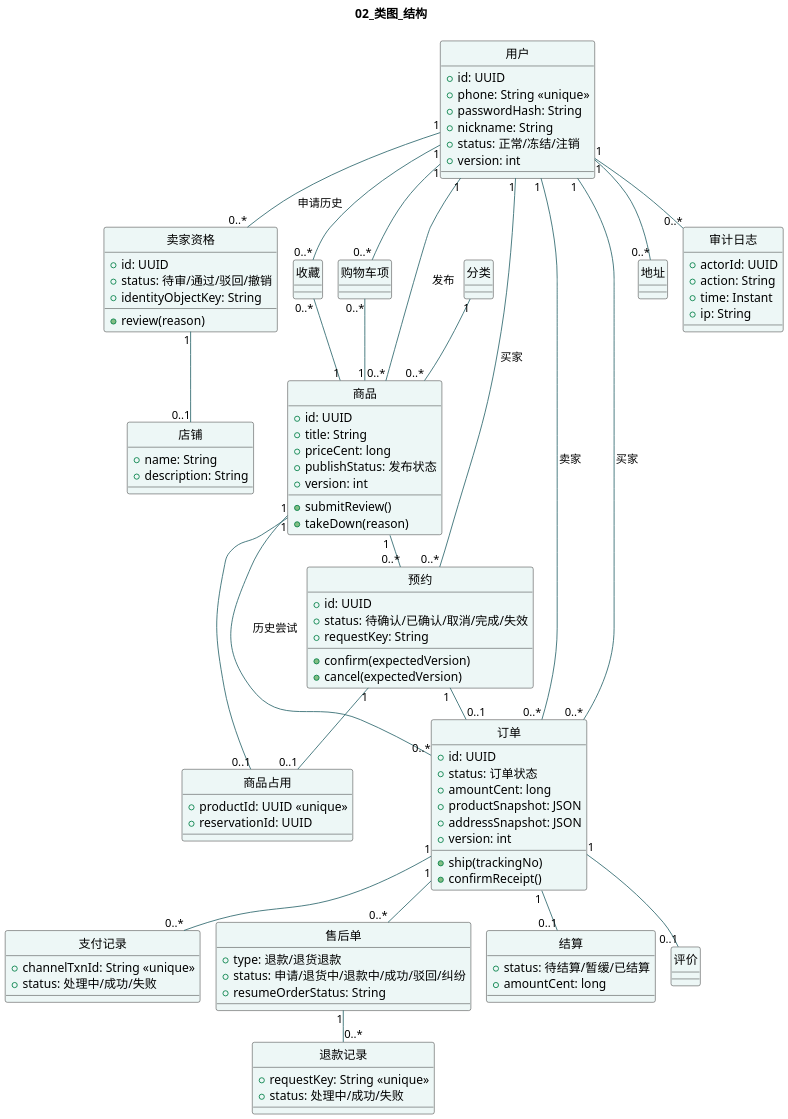
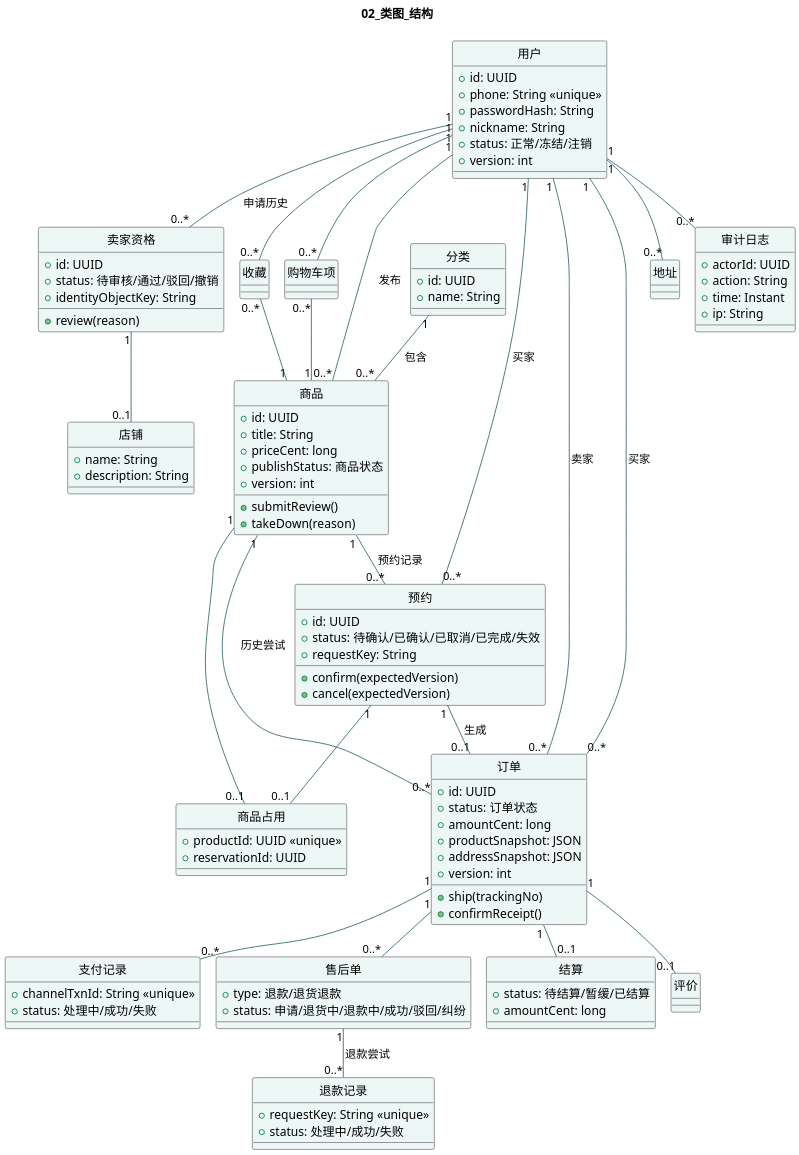
One commit to SyEicL/Software-Engineer-Lab changed the diagram in UML/02_类图_结构.puml. Above: the diagram before and after it, drawn with PlantUML. The commit also changed 7 other files, not shown here.

```diff
--- a/UML/02_类图_结构.puml
+++ b/UML/02_类图_结构.puml
@@ -1,110 +1,112 @@
 @startuml
 !pragma layout smetana
 skinparam defaultFontName Microsoft YaHei
 skinparam dpi 180
 skinparam shadowing false
 skinparam backgroundColor #FFFFFF
 skinparam ArrowColor #326B70
 skinparam classBackgroundColor #EDF7F6
 title 02_类图_结构
 hide circle
 class "用户" as User {
  +id: UUID
  +phone: String <<unique>>
  +passwordHash: String
  +nickname: String
  +status: 正常/冻结/注销
  +version: int
 }
 class "卖家资格" as Seller {
  +id: UUID
- +status: 待审/通过/驳回/撤销
+ +status: 待审核/通过/驳回/撤销
  +identityObjectKey: String
  +review(reason)
 }
 class "店铺" as Shop {
  +name: String
  +description: String
 }
 class "商品" as Product {
  +id: UUID
  +title: String
  +priceCent: long
- +publishStatus: 发布状态
+ +publishStatus: 商品状态
  +version: int
  +submitReview()
  +takeDown(reason)
 }
-class "分类" as Category
+class "分类" as Category {
+ +id: UUID
+ +name: String
+}
 class "预约" as Reservation {
  +id: UUID
- +status: 待确认/已确认/取消/完成/失效
+ +status: 待确认/已确认/已取消/已完成/失效
  +requestKey: String
  +confirm(expectedVersion)
  +cancel(expectedVersion)
 }
 class "商品占用" as Hold {
  +productId: UUID <<unique>>
  +reservationId: UUID
 }
 class "订单" as Order {
  +id: UUID
  +status: 订单状态
  +amountCent: long
  +productSnapshot: JSON
  +addressSnapshot: JSON
  +version: int
  +ship(trackingNo)
  +confirmReceipt()
 }
 class "支付记录" as Payment {
  +channelTxnId: String <<unique>>
  +status: 处理中/成功/失败
 }
 class "售后单" as AfterSale {
  +type: 退款/退货退款
  +status: 申请/退货中/退款中/成功/驳回/纠纷
- +resumeOrderStatus: String
 }
 class "退款记录" as Refund {
  +requestKey: String <<unique>>
  +status: 处理中/成功/失败
 }
 class "结算" as Settlement {
  +status: 待结算/暂缓/已结算
  +amountCent: long
 }
 class "收藏" as Favorite
 class "购物车项" as CartItem
 class "评价" as Review
 class "地址" as Address
 class "审计日志" as Audit {
  +actorId: UUID
  +action: String
  +time: Instant
  +ip: String
 }
 User "1" -- "0..*" Seller : 申请历史
 Seller "1" -- "0..1" Shop
 User "1" -- "0..*" Product : 发布
-Category "1" -- "0..*" Product
+Category "1" -- "0..*" Product : 包含
 User "1" -- "0..*" Reservation : 买家
-Product "1" -- "0..*" Reservation
+Product "1" -- "0..*" Reservation : 预约记录
 Product "1" -- "0..1" Hold
 Reservation "1" -- "0..1" Hold
-Reservation "1" -- "0..1" Order
+Reservation "1" -- "0..1" Order : 生成
 User "1" -- "0..*" Order : 买家
 User "1" -- "0..*" Order : 卖家
 Product "1" -- "0..*" Order : 历史尝试
 Order "1" -- "0..*" Payment
 Order "1" -- "0..*" AfterSale
-AfterSale "1" -- "0..*" Refund
+AfterSale "1" -- "0..*" Refund : 退款尝试
 Order "1" -- "0..1" Settlement
 Order "1" -- "0..1" Review
 User "1" -- "0..*" Address
 User "1" -- "0..*" Favorite
 Favorite "0..*" -- "1" Product
 User "1" -- "0..*" CartItem
 CartItem "0..*" -- "1" Product
 User "1" -- "0..*" Audit
 @enduml
```
